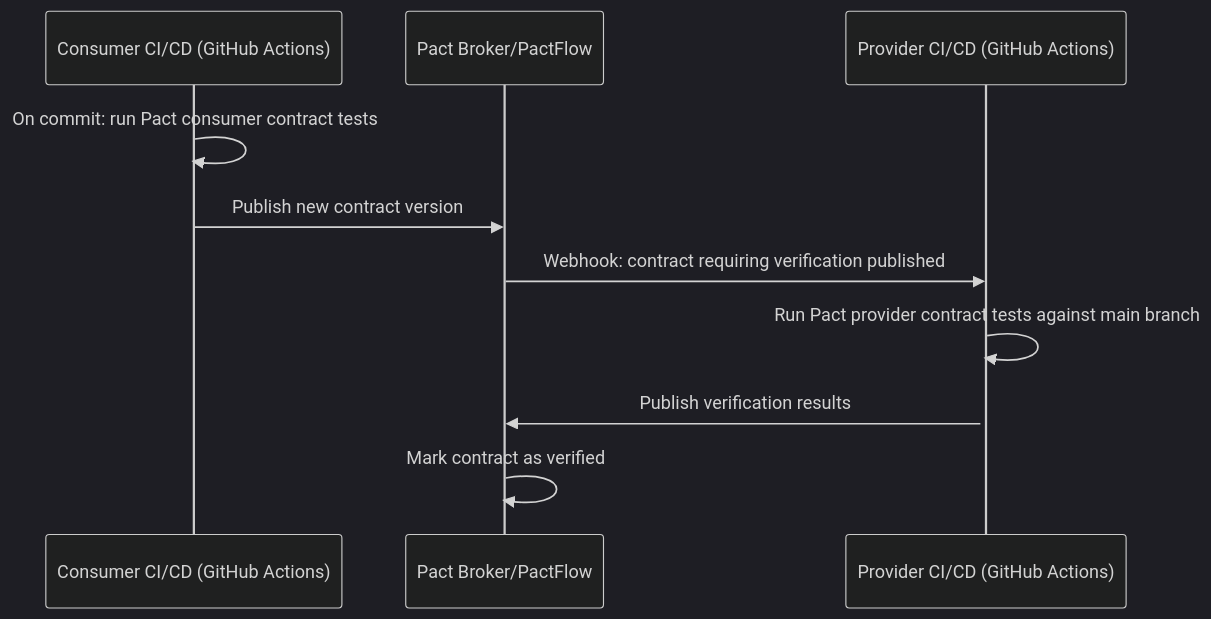
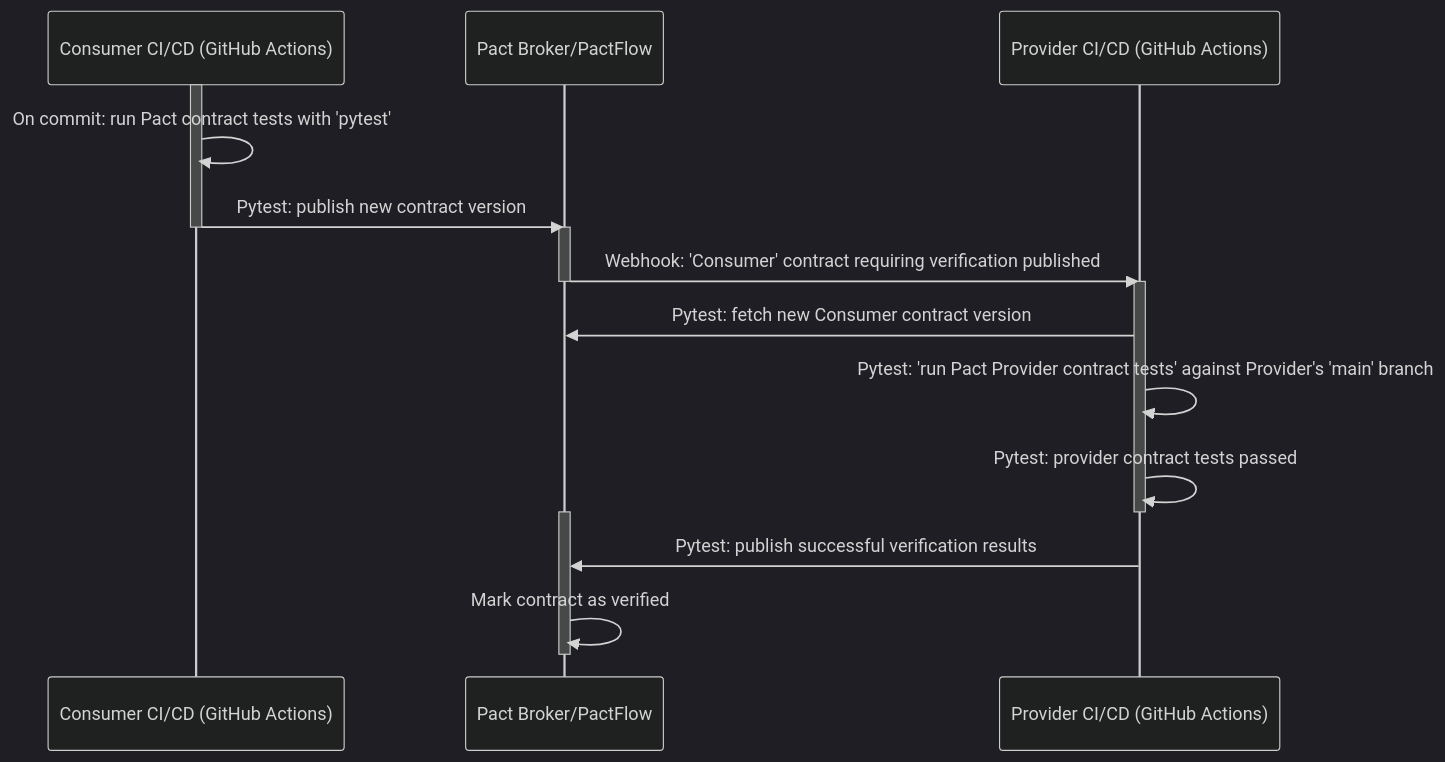
Before and after one commit to filipsnastins/consumer-driven-contract-testing-with-pact: the first of 4 diagrams in README.md, drawn with Mermaid (dark theme). The commit also changed other lines of this file and 33 other files, not shown here.

Commit message:
feat: run consumer tests on provider contract change

````diff
--- a/README.md
+++ b/README.md
@@ -274,13 +280,26 @@
 ```mermaid
 sequenceDiagram
     participant Consumer as Consumer CI/CD (GitHub Actions)
     participant PactBroker as Pact Broker/PactFlow
     participant Provider as Provider CI/CD (GitHub Actions)
 
-    Consumer->>Consumer: On commit: run Pact consumer contract tests
-    Consumer->>PactBroker: Publish new contract version
-    PactBroker->>Provider: Webhook: contract requiring verification published
-    Provider->>+Provider: Run Pact provider contract tests against main branch
-    Provider->>PactBroker: Publish verification results
+    activate Consumer
+    Consumer->>Consumer: On commit: run Pact contract tests with 'pytest'
+    Consumer->>PactBroker: Pytest: publish new contract version
+    deactivate Consumer
+
+    activate PactBroker
+    PactBroker->>Provider: Webhook: 'Consumer' contract requiring verification published
+    deactivate PactBroker
+
+    activate Provider
+    Provider->>PactBroker: Pytest: fetch new Consumer contract version
+    Provider->>Provider: Pytest: 'run Pact Provider contract tests' against Provider's 'main' branch
+    Provider->>Provider: Pytest: provider contract tests passed
+    deactivate Provider
+
+    activate PactBroker
+    Provider->>PactBroker: Pytest: publish successful verification results
     PactBroker->>PactBroker: Mark contract as verified
+    deactivate PactBroker
 ```
````
